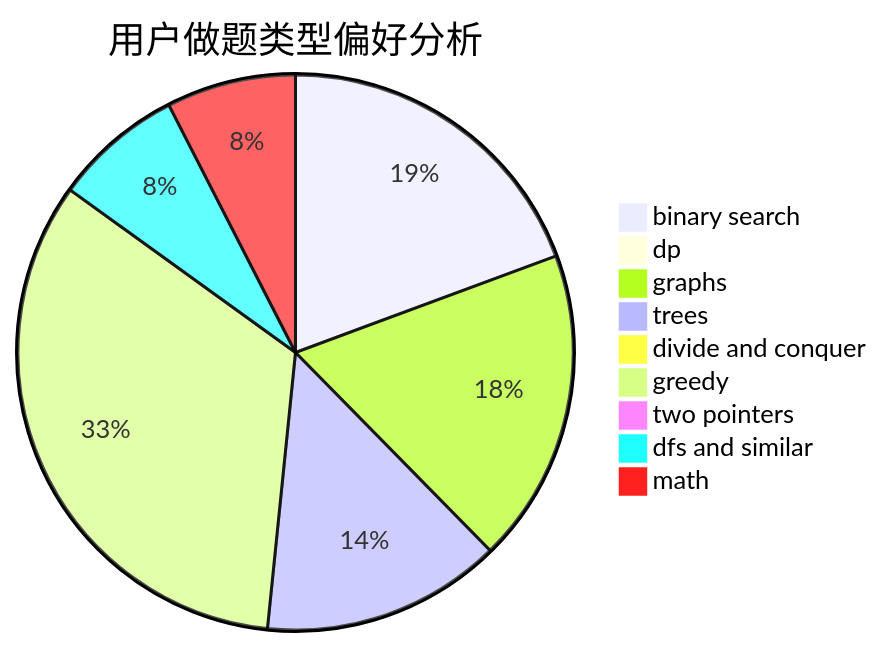
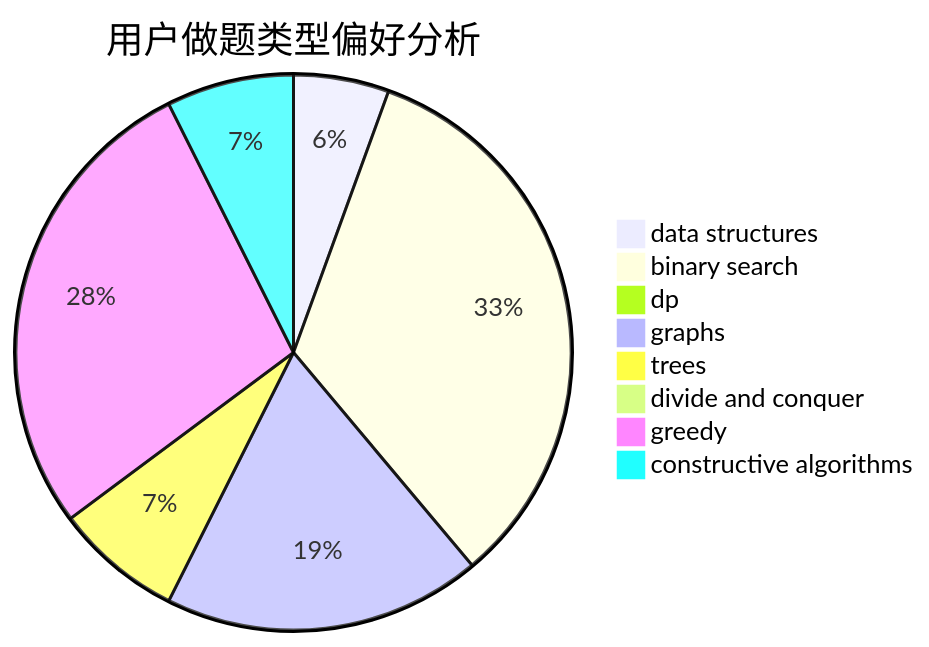
One commit to sherpahu/cfrs.github.io changed the second of 3 diagrams in docs/user/u114.md. Above: the diagram before and after it, drawn with Mermaid. The commit also changed other lines of this file and 2775 other files, not shown here.

````diff
--- a/docs/user/u114.md
+++ b/docs/user/u114.md
@@ -23,12 +23,11 @@
 ```mermaid
 pie title 用户做题类型偏好分析
+    "data structures" :  3
     "binary search" :  18
     "dp" :  0
-    "graphs" :  17
-    "trees" :  13
+    "graphs" :  10
+    "trees" :  4
     "divide and conquer" :  0
-    "greedy" :  31
-    "two pointers" :  0
-    "dfs and similar" :  7
-    "math" :  7
+    "greedy" :  15
+    "constructive algorithms" :  4
 ```
````
